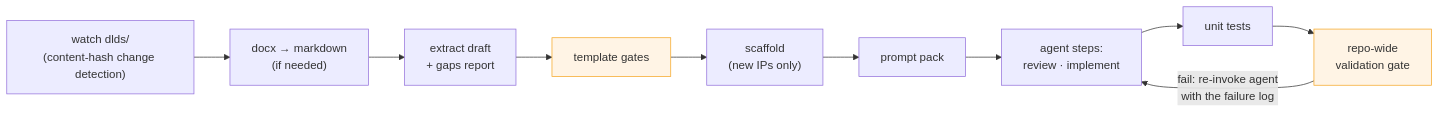
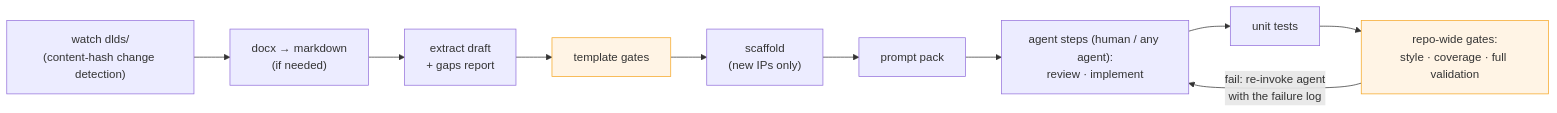
One commit to kushkumar16/ip_model_automation changed the seventh of 8 diagrams in docs/project_overview.md. Above: the diagram before and after it, drawn with Mermaid. The commit also changed other lines of this file and 4 other files, not shown here.

First line of the commit message:
Refresh the project overview and flow diagrams to match the pipeline

````diff
--- a/docs/project_overview.md
+++ b/docs/project_overview.md
@@ -452,17 +455,17 @@
 ```mermaid
 flowchart LR
     WATCH["watch dlds/<br/>(content-hash change detection)"]
     CONV["docx → markdown<br/>(if needed)"]
     EXT["extract draft<br/>+ gaps report"]
     GATES["template gates"]
     SCAF["scaffold<br/>(new IPs only)"]
     PACK["prompt pack"]
-    AGENT["agent steps:<br/>review · implement"]
+    AGENT["agent steps (human / any agent):<br/>review · implement"]
     TESTS["unit tests"]
-    REPO["repo-wide<br/>validation gate"]
+    REPO["repo-wide gates:<br/>style · coverage · full validation"]
 
     WATCH --> CONV --> EXT --> GATES --> SCAF --> PACK --> AGENT --> TESTS --> REPO
     REPO -->|fail: re-invoke agent<br/>with the failure log| AGENT
     classDef gate fill:#fff4e5,stroke:#f5a623;
     class GATES,REPO gate;
 ```
````
